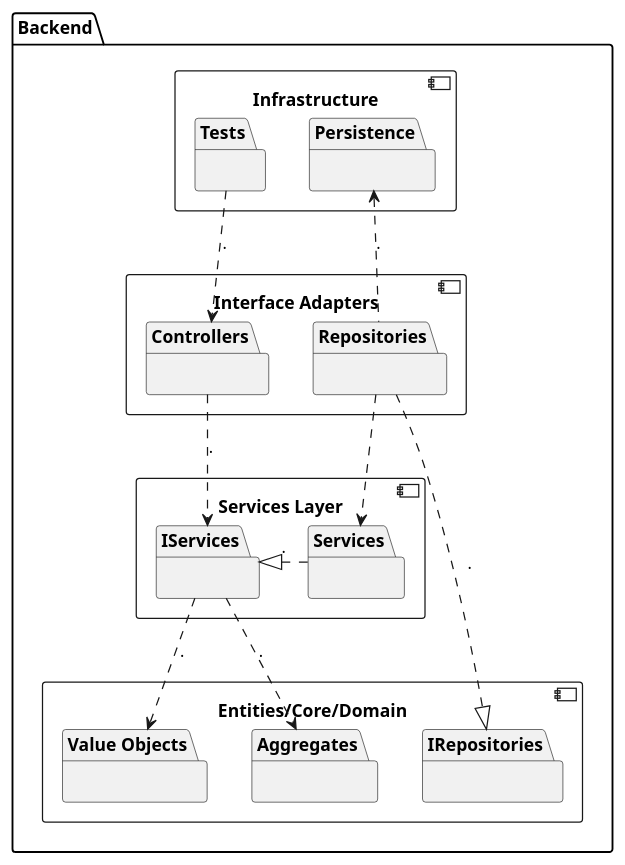
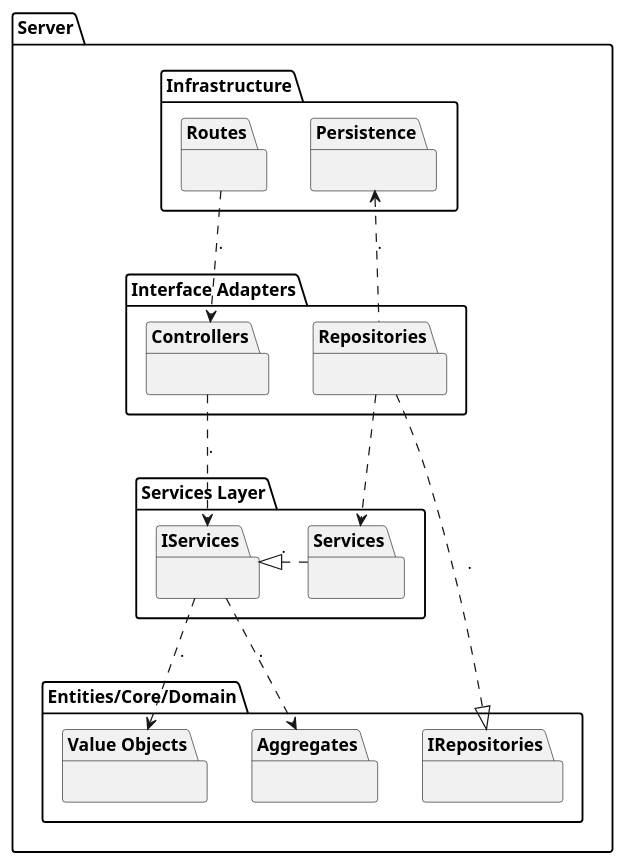
Before and after one commit to olivDiogo/SmartHome: the diagram in docs/ooa/C4_4plus1_models/Level3/ImplementationView/ImplementationViewLevel3.puml, drawn with PlantUML. The commit also changed 1 other file, not shown here.

```diff
--- a/docs/ooa/C4_4plus1_models/Level3/ImplementationView/ImplementationViewLevel3.puml
+++ b/docs/ooa/C4_4plus1_models/Level3/ImplementationView/ImplementationViewLevel3.puml
@@ -1,48 +1,48 @@
 @startuml
 
-package "Backend" {
+package "Server" {
 
-    Component Infrastructure {
-        package Tests {
+    package Infrastructure {
+        package Routes {
         }
         package Persistence {
         }
     }
 
-    Component "Interface Adapters" {
+    package "Interface Adapters" {
         package Controllers {
         }
         package Repositories {
         }
     }
 
-    Component "Services Layer" {
+    package "Services Layer" {
         package "Services" {
         }
         package "IServices" {
         }
 
     }
 
-    Component "Entities/Core/Domain" {
+    package "Entities/Core/Domain" {
         package Aggregates {
         }
         package "Value Objects" {
         }
         package "IRepositories"{
                 }
 
     }
 
     ' Dependencies
-    Infrastructure.Tests ..> "Interface Adapters.Controllers" : .
+    Infrastructure.Routes ..> "Interface Adapters.Controllers" : .
     Infrastructure.Persistence <.. "Interface Adapters.Repositories" : .
     "Interface Adapters.Controllers" ..> "IServices" : .
     "IServices" ..> Aggregates : .
     "IServices" ..> "Value Objects" : .
     "Interface Adapters.Repositories" ..> Services
     "Repositories" ..|> "IRepositories" : .
     "Services" ..right|> "IServices" : .
 }
 
 @enduml
```
